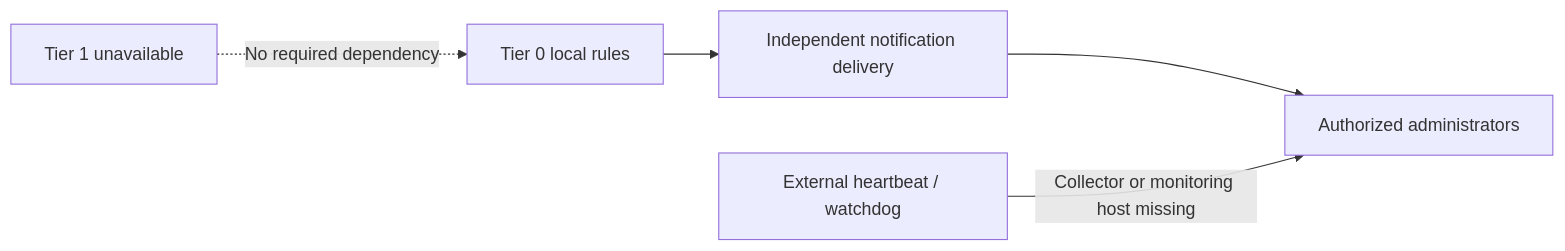
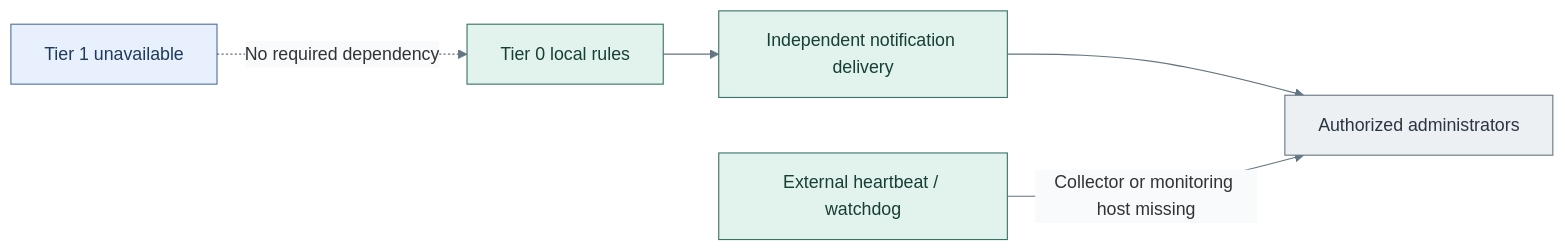
Before and after one commit to Rexus/homelab: the third of 3 diagrams in docs/deployment/stage-4-control-services/monitoring.md, drawn with Mermaid. The commit also changed other lines of this file and 49 other files, not shown here.

Commit message:
docs(diagrams): clarify tier layouts and visual styles

````diff
--- a/docs/deployment/stage-4-control-services/monitoring.md
+++ b/docs/deployment/stage-4-control-services/monitoring.md
@@ -61,6 +77,14 @@
 ```mermaid
+%%{init: {"theme":"base","themeVariables":{"lineColor":"#627581","edgeLabelBackground":"#f8fafc"}}}%%
 flowchart LR
   Rules["Tier 0 local rules"] --> Routing["Independent notification delivery"] --> Admin["Authorized administrators"]
   Watch["External heartbeat / watchdog"] -->|Collector or monitoring host missing| Admin
   T1["Tier 1 unavailable"] -. No required dependency .-> Rules
+  classDef default fill:#f8fafc,stroke:#64748b,color:#1f2937
+  classDef control fill:#e2f3ed,stroke:#397366,color:#173f36
+  classDef actor fill:#edf0f3,stroke:#697682,color:#293642
+  classDef services fill:#e7f0fc,stroke:#4d719b,color:#203a5b
+  class Rules,Routing,Watch control
+  class Admin actor
+  class T1 services
 ```
````
